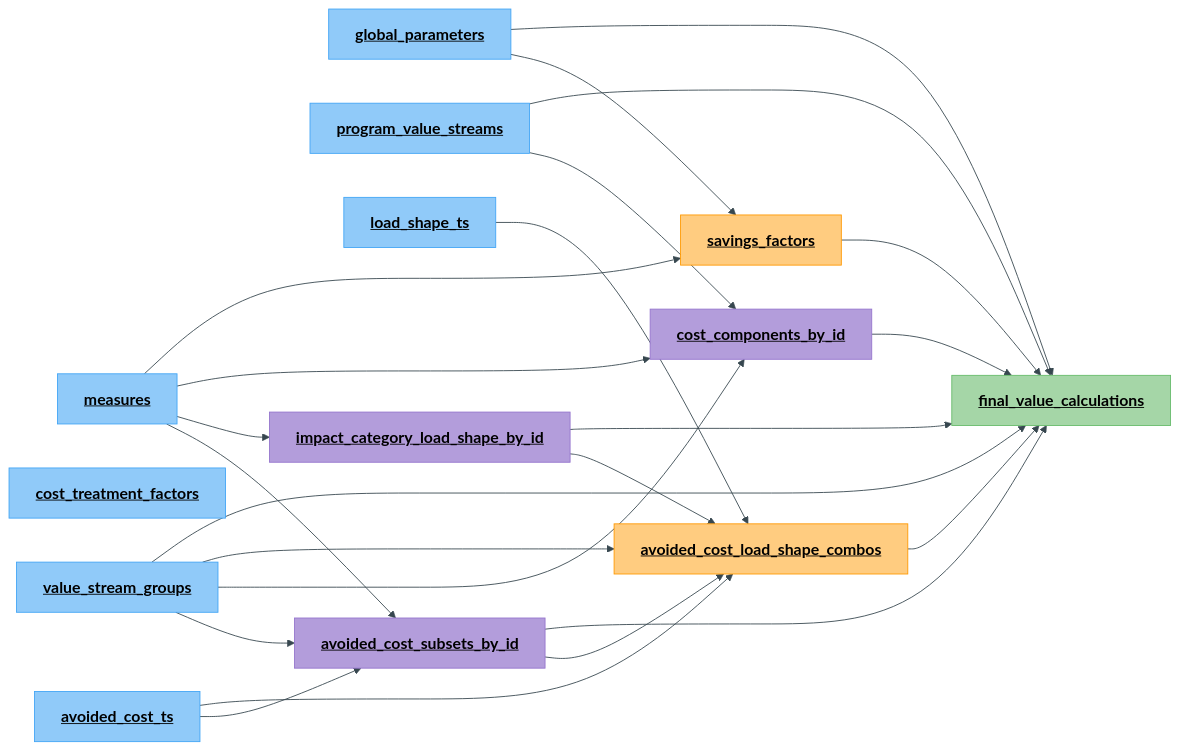
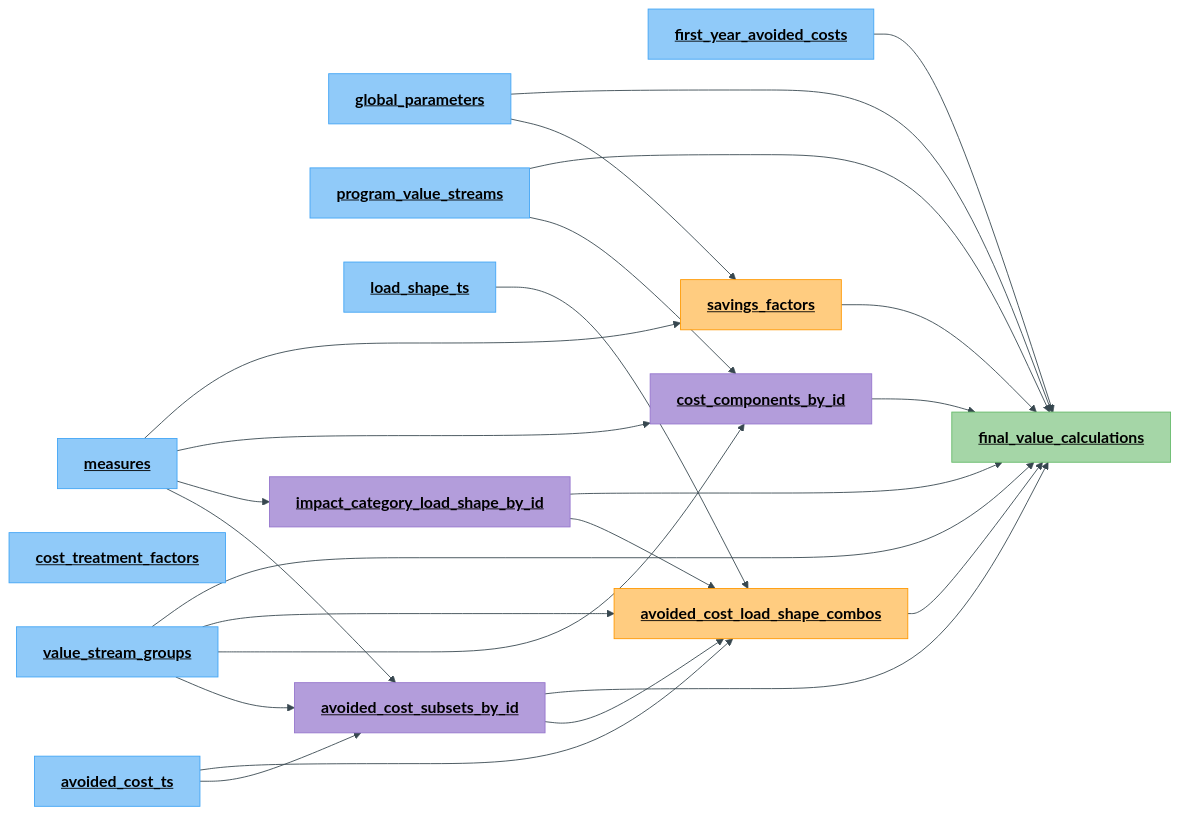
The third of 3 diagrams in README.md (openbca/openbca), drawn with Mermaid before and after one commit. The commit also changed other lines of this file and 14 other files, not shown here.

````diff
--- a/README.md
+++ b/README.md
@@ -178,67 +178,70 @@
 ```mermaid
 %%{init: {'theme': 'base', 'themeVariables': {'fontSize': '18px', 'primaryTextColor': '#000000', 'secondaryTextColor': '#000000', 'tertiaryTextColor': '#000000', 'primaryBorderColor': '#37474f', 'lineColor': '#37474f'}}}%%
 flowchart LR
 
    measures["`**<u>measures</u>**`"]
+   first_year_avoided_costs["`**<u>first_year_avoided_costs</u>**`"]
    global_parameters["`**<u>global_parameters</u>**`"]
    cost_treatment_factors["`**<u>cost_treatment_factors</u>**`"]
    program_value_streams["`**<u>program_value_streams</u>**`"]
    value_stream_groups["`**<u>value_stream_groups</u>**`"]
    load_shape_ts["`**<u>load_shape_ts</u>**`"]
    avoided_cost_ts["`**<u>avoided_cost_ts</u>**`"]
   
    avoided_cost_subsets_by_id["`**<u>avoided_cost_subsets_by_id</u>**`"]
    impact_category_load_shape_by_id["`**<u>impact_category_load_shape_by_id</u>**`"]
    cost_components_by_id["`**<u>cost_components_by_id</u>**`"]
 
    avoided_cost_load_shape_combos["`**<u>avoided_cost_load_shape_combos</u>**`"]
    savings_factors["`**<u>savings_factors</u>**`"]
 
    final_value_calculations["`**<u>final_value_calculations</u>**`"]
 
 measures-->avoided_cost_subsets_by_id
 avoided_cost_ts-->avoided_cost_subsets_by_id
 value_stream_groups-->avoided_cost_subsets_by_id
 
 measures-->impact_category_load_shape_by_id
 
 measures-->cost_components_by_id
 value_stream_groups-->cost_components_by_id
 program_value_streams-->cost_components_by_id
 
 avoided_cost_ts-->avoided_cost_load_shape_combos
 load_shape_ts-->avoided_cost_load_shape_combos
 value_stream_groups-->avoided_cost_load_shape_combos
 impact_category_load_shape_by_id-->avoided_cost_load_shape_combos
 avoided_cost_subsets_by_id-->avoided_cost_load_shape_combos
 
 measures-->savings_factors
 global_parameters-->savings_factors
 
+first_year_avoided_costs-->final_value_calculations
 global_parameters-->final_value_calculations
 value_stream_groups-->final_value_calculations
 program_value_streams-->final_value_calculations
 impact_category_load_shape_by_id-->final_value_calculations
 avoided_cost_subsets_by_id-->final_value_calculations
 avoided_cost_load_shape_combos-->final_value_calculations
 cost_components_by_id-->final_value_calculations
 savings_factors-->final_value_calculations
 
    %% Base
    style measures fill:#90caf9,stroke:#42a5f5
+   style first_year_avoided_costs fill:#90caf9,stroke:#42a5f5
    style global_parameters fill:#90caf9,stroke:#42a5f5
    style cost_treatment_factors fill:#90caf9,stroke:#42a5f5
    style program_value_streams fill:#90caf9,stroke:#42a5f5
    style value_stream_groups fill:#90caf9,stroke:#42a5f5
    style load_shape_ts fill:#90caf9,stroke:#42a5f5
    style avoided_cost_ts fill:#90caf9,stroke:#42a5f5
    %% Mappings
    style avoided_cost_subsets_by_id fill:#b39ddb,stroke:#9575cd
    style impact_category_load_shape_by_id fill:#b39ddb,stroke:#9575cd
    style cost_components_by_id fill:#b39ddb,stroke:#9575cd
    %% Precompute
    style avoided_cost_load_shape_combos fill:#ffcc80,stroke:#ff9800
    style savings_factors fill:#ffcc80,stroke:#ff9800
    %% Finalization
    style final_value_calculations fill:#a5d6a7,stroke:#66bb6a
 ```
````
